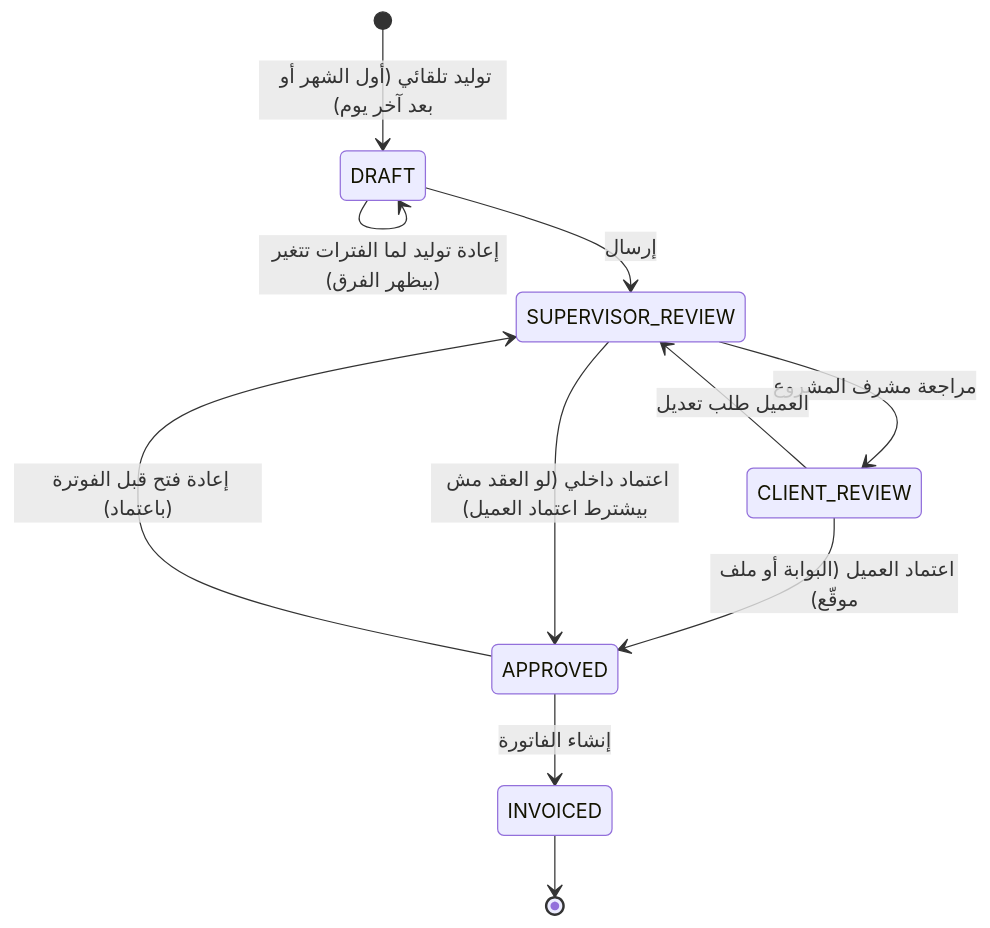
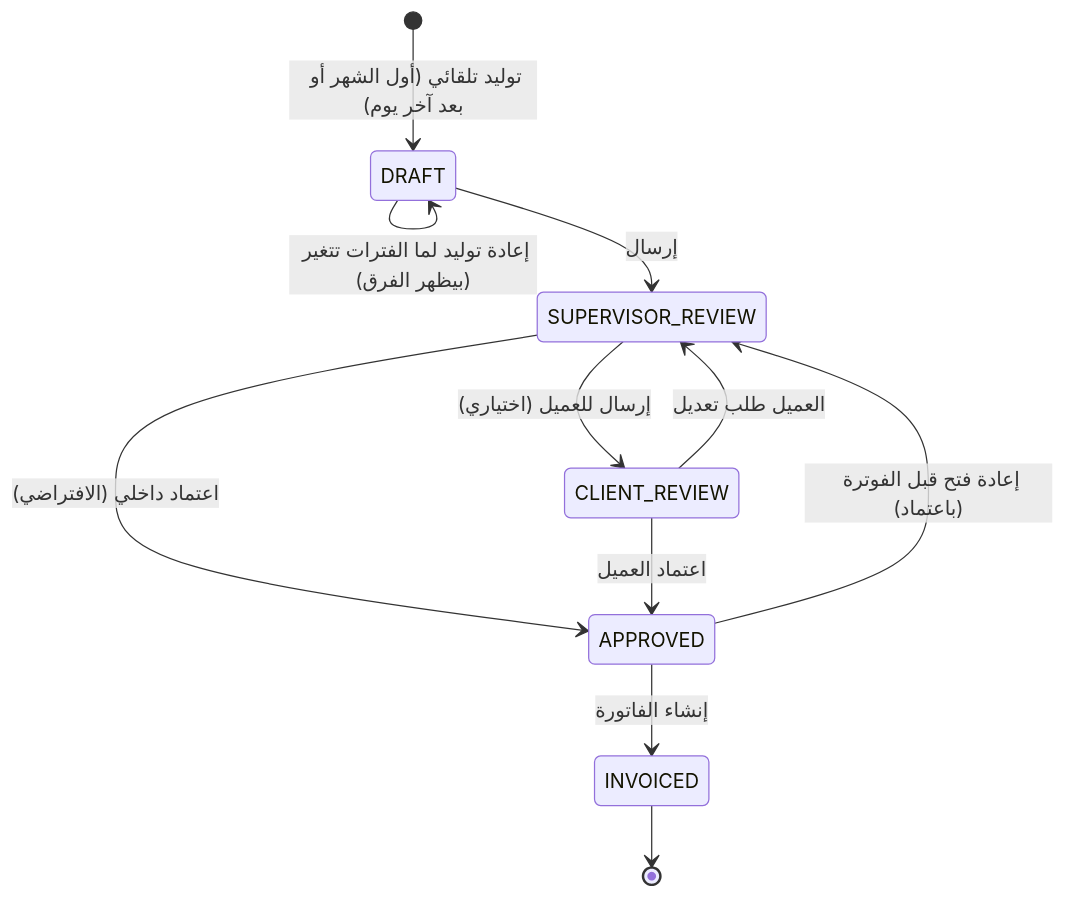
The second of 2 diagrams in docs/02-target-architecture/06-monthly-timesheet.md (mahmoud-3atef/integrated-erp-crm), drawn with Mermaid before and after one commit. The commit also changed other lines of this file, not shown here.

Commit message:
docs: timesheet decisions (configurable cycles, optional client approval) and 30-day rule question

````diff
--- a/docs/02-target-architecture/06-monthly-timesheet.md
+++ b/docs/02-target-architecture/06-monthly-timesheet.md
@@ -70,13 +70,13 @@
 ```mermaid
 stateDiagram-v2
   [*] --> DRAFT: توليد تلقائي (أول الشهر أو بعد آخر يوم)
   DRAFT --> DRAFT: إعادة توليد لما الفترات تتغير (بيظهر الفرق)
   DRAFT --> SUPERVISOR_REVIEW: إرسال
-  SUPERVISOR_REVIEW --> CLIENT_REVIEW: مراجعة مشرف المشروع
+  SUPERVISOR_REVIEW --> APPROVED: اعتماد داخلي (الافتراضي)
+  SUPERVISOR_REVIEW --> CLIENT_REVIEW: إرسال للعميل (اختياري)
   CLIENT_REVIEW --> SUPERVISOR_REVIEW: العميل طلب تعديل
-  CLIENT_REVIEW --> APPROVED: اعتماد العميل (البوابة أو ملف موقّع)
-  SUPERVISOR_REVIEW --> APPROVED: اعتماد داخلي (لو العقد مش بيشترط اعتماد العميل)
+  CLIENT_REVIEW --> APPROVED: اعتماد العميل
   APPROVED --> INVOICED: إنشاء الفاتورة
   APPROVED --> SUPERVISOR_REVIEW: إعادة فتح قبل الفوترة (باعتماد)
   INVOICED --> [*]
 ```
````
